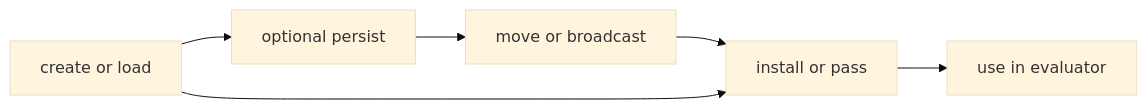
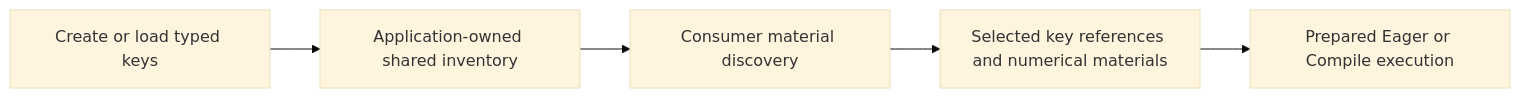
The diagram in docs/concepts/ckks/key-lifecycle.md (visualDust/fhelium), drawn with Mermaid (base theme) before and after one commit. The commit also changed other lines of this file and 393 other files, not shown here.

````diff
--- a/docs/concepts/ckks/key-lifecycle.md
+++ b/docs/concepts/ckks/key-lifecycle.md
@@ -49,10 +54,9 @@
 ```mermaid
 flowchart LR
-    C[create or load]
-    P[optional persist]
-    M[move or broadcast]
-    I[install or pass]
-    U[use in evaluator]
-    C --> P --> M --> I --> U
-    C --> I
+    SOURCE[Create or load typed keys]
+    POOL[Application-owned shared inventory]
+    SELECT[Consumer material discovery]
+    BOUND[Selected key references and numerical materials]
+    EXEC[Prepared Eager or Compile execution]
+    SOURCE --> POOL --> SELECT --> BOUND --> EXEC
 ```
````
